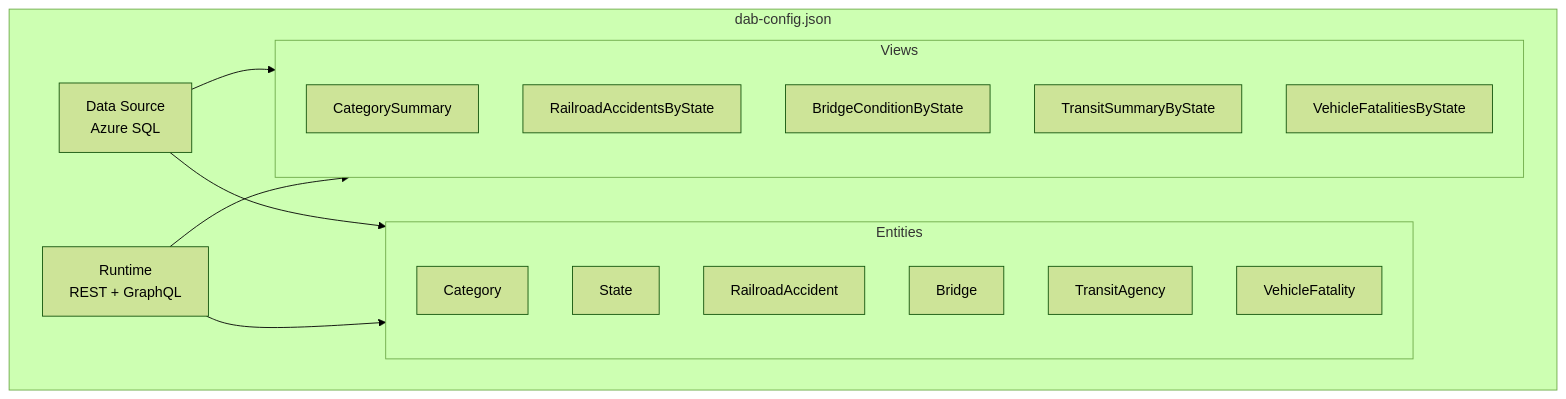
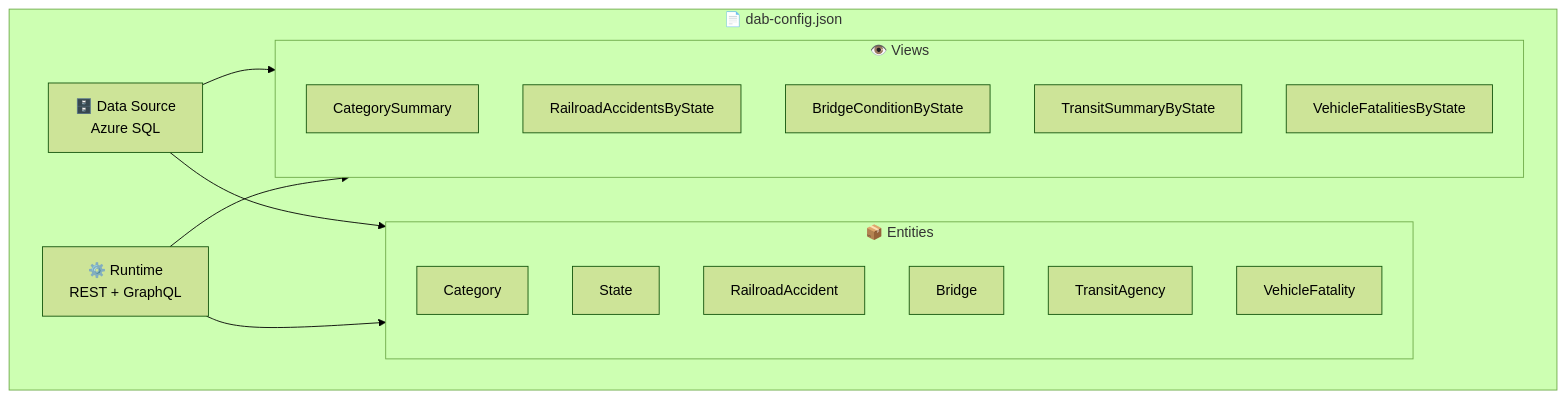
The second of 2 diagrams in docs/dab-configuration-guide.md (fgarofalo56/azure-dab-fullstack-demo), drawn with Mermaid (forest theme) before and after one commit. The commit also changed other lines of this file and 12 other files, not shown here.

````diff
--- a/docs/dab-configuration-guide.md
+++ b/docs/dab-configuration-guide.md
@@ -93,29 +105,29 @@
 ```mermaid
 graph TB
-    subgraph Config["dab-config.json"]
-        DS[Data Source<br/>Azure SQL]
-        RT[Runtime<br/>REST + GraphQL]
+    subgraph Config["📄 dab-config.json"]
+        DS[🗄️ Data Source<br/>Azure SQL]
+        RT[⚙️ Runtime<br/>REST + GraphQL]
 
-        subgraph Entities
+        subgraph Entities["📦 Entities"]
             Cat[Category]
             State[State]
             RA[RailroadAccident]
             Bridge[Bridge]
             TA[TransitAgency]
             VF[VehicleFatality]
         end
 
-        subgraph Views
+        subgraph Views["👁️ Views"]
             CS[CategorySummary]
             RAS[RailroadAccidentsByState]
             BCS[BridgeConditionByState]
             TSS[TransitSummaryByState]
             VFS[VehicleFatalitiesByState]
         end
     end
 
     DS --> Entities
     DS --> Views
     RT --> Entities
     RT --> Views
 ```
````
